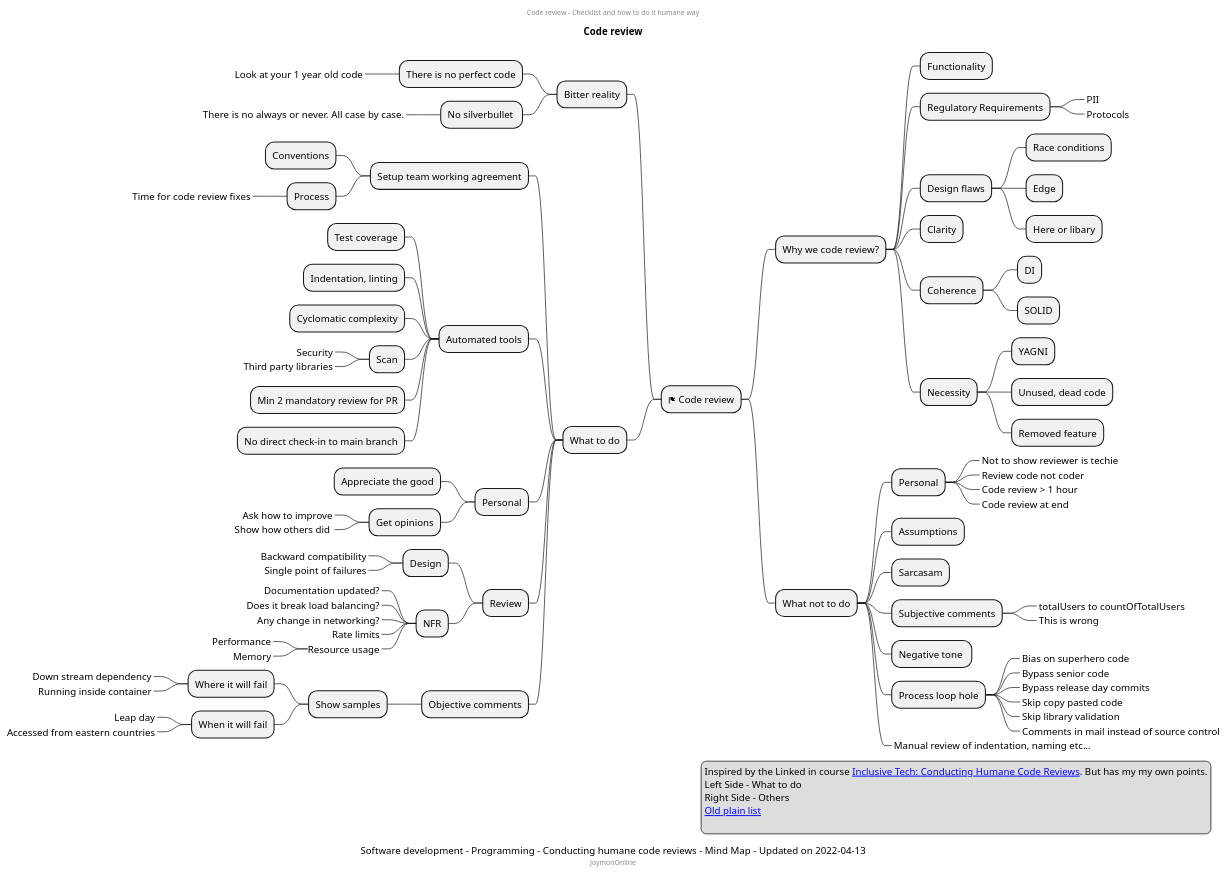
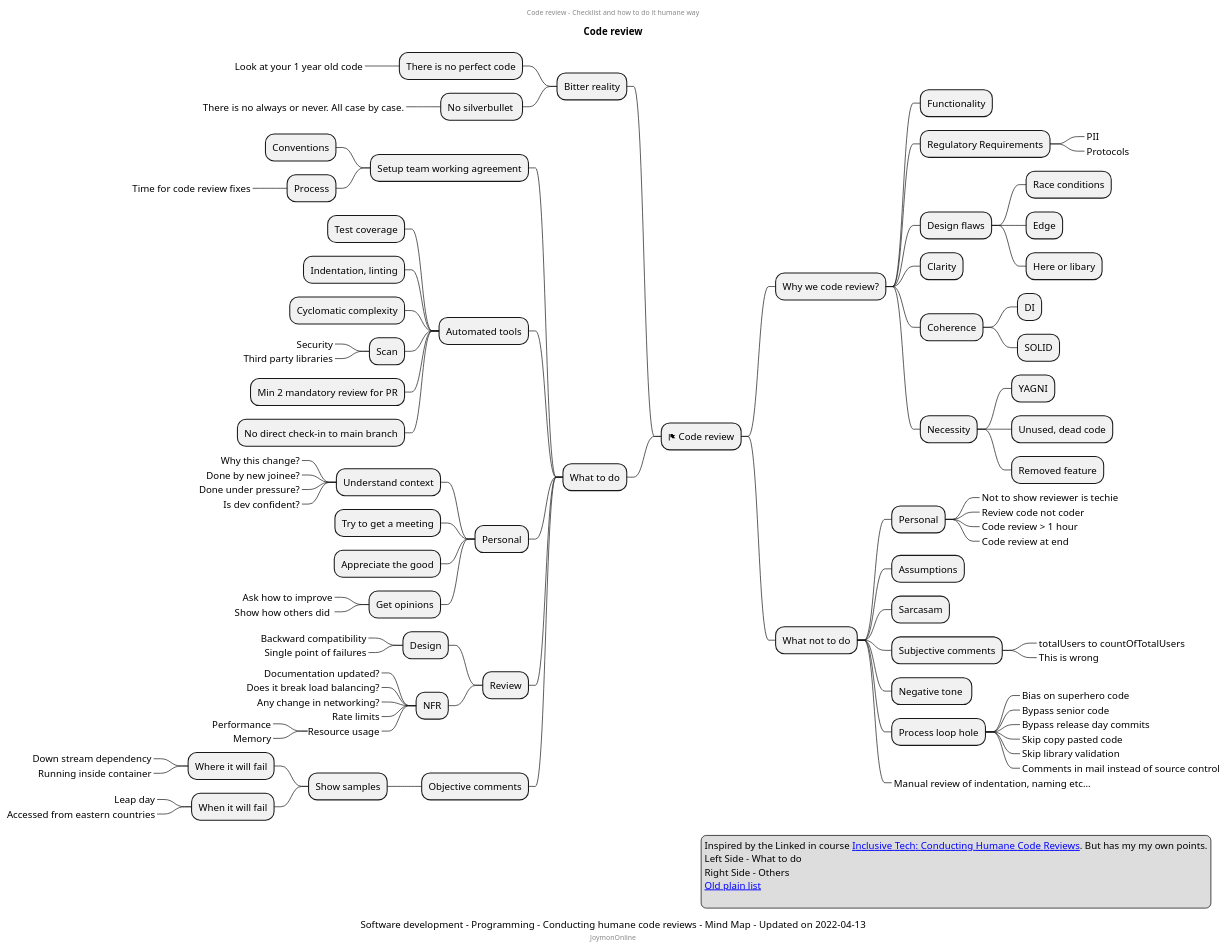
One commit to mind-maps/software changed the diagram in programming/humane-code-review.puml. Above: the diagram before and after it, drawn with PlantUML.

Commit message:
updatd code review

```diff
--- a/programming/humane-code-review.puml
+++ b/programming/humane-code-review.puml
@@ -1,104 +1,110 @@
 @startmindmap
 center header
 Code review - Checklist and how to do it humane way
 endheader
 title Code review
 * <&flag> Code review
 ** Why we code review?
 *** Functionality
 *** Regulatory Requirements
 ****_ PII
 ****_ Protocols
 *** Design flaws
 **** Race conditions
 **** Edge
 **** Here or libary
 *** Clarity
 *** Coherence
 **** DI
 **** SOLID
 *** Necessity
 **** YAGNI
 **** Unused, dead code
 **** Removed feature
 
 ** What not to do
 *** Personal
 ****_ Not to show reviewer is techie
 ****_ Review code not coder
 ****_ Code review > 1 hour
 ****_ Code review at end
 *** Assumptions
 *** Sarcasam
 *** Subjective comments
 ****_ totalUsers to countOfTotalUsers
 ****_ This is wrong
 *** Negative tone 
 *** Process loop hole
 ****_ Bias on superhero code
 ****_ Bypass senior code
 ****_ Bypass release day commits 
 ****_ Skip copy pasted code
 ****_ Skip library validation
 ****_ Comments in mail instead of source control
 ***_ Manual review of indentation, naming etc...
 
 left side
 ** Bitter reality
 *** There is no perfect code
 ****_ Look at your 1 year old code
 *** No silverbullet 
 ****_ There is no always or never. All case by case.
 
 ** What to do
 *** Setup team working agreement
 **** Conventions
 **** Process
 *****_ Time for code review fixes
 
 *** Automated tools
 **** Test coverage
 **** Indentation, linting
 **** Cyclomatic complexity
 **** Scan
 *****_ Security
 *****_ Third party libraries
 **** Min 2 mandatory review for PR
 **** No direct check-in to main branch
 *** Personal
+**** Understand context
+*****_ Why this change?
+*****_ Done by new joinee?
+*****_ Done under pressure?
+*****_ Is dev confident?
+**** Try to get a meeting
 **** Appreciate the good
 **** Get opinions
 *****_ Ask how to improve
 *****_ Show how others did 
 *** Review
 **** Design
 *****_ Backward compatibility
 *****_ Single point of failures
 **** NFR
 *****_ Documentation updated?
 *****_ Does it break load balancing?
 *****_ Any change in networking?
 *****_ Rate limits
 *****_ Resource usage
 ******_ Performance
 ******_ Memory
 *** Objective comments
 **** Show samples
 ***** Where it will fail
 ******_ Down stream dependency
 ******_ Running inside container
 ***** When it will fail
 ******_ Leap day
 ******_ Accessed from eastern countries
 
 legend right
 Inspired by the Linked in course [[https://www.linkedin.com/learning/inclusive-tech-conducting-humane-code-reviews/code-reviews-heated-but-needed?u=89254810 Inclusive Tech: Conducting Humane Code Reviews]]. But has my my own points.
 Left Side - What to do
 Right Side - Others
 [[https://joymonscode.blogspot.com/2017/05/toolbox-for-open-source-developers.html Old plain list]]
   
 endlegend
 caption Software development - Programming - Conducting humane code reviews - Mind Map - Updated on 2022-04-13
 center footer JoymonOnline
 
 @endmindmap
```
